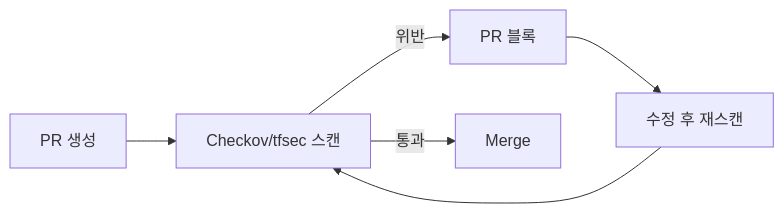
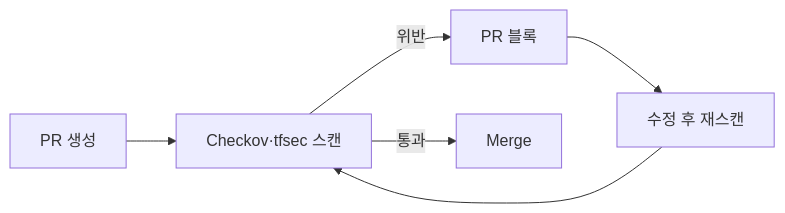
The third of 3 diagrams in src/content/docs/ko/devops/devsecops.md (cloudpickr/cloudpick-docs), drawn with Mermaid before and after one commit. The commit also changed 29 other files, not shown here.

First line of the commit message:
fix: Mermaid 전수조사 — 노드 라벨 슬래시 13건 수정 (ko/en/ja)

````diff
--- a/src/content/docs/ko/devops/devsecops.md
+++ b/src/content/docs/ko/devops/devsecops.md
@@ -98,8 +98,8 @@
 ```mermaid
 graph LR
-    A[PR 생성] --> B[Checkov/tfsec 스캔]
+    A[PR 생성] --> B[Checkov·tfsec 스캔]
     B -->|위반| C[PR 블록]
     C --> D[수정 후 재스캔]
     D --> B
     B -->|통과| E[Merge]
 ```
````
